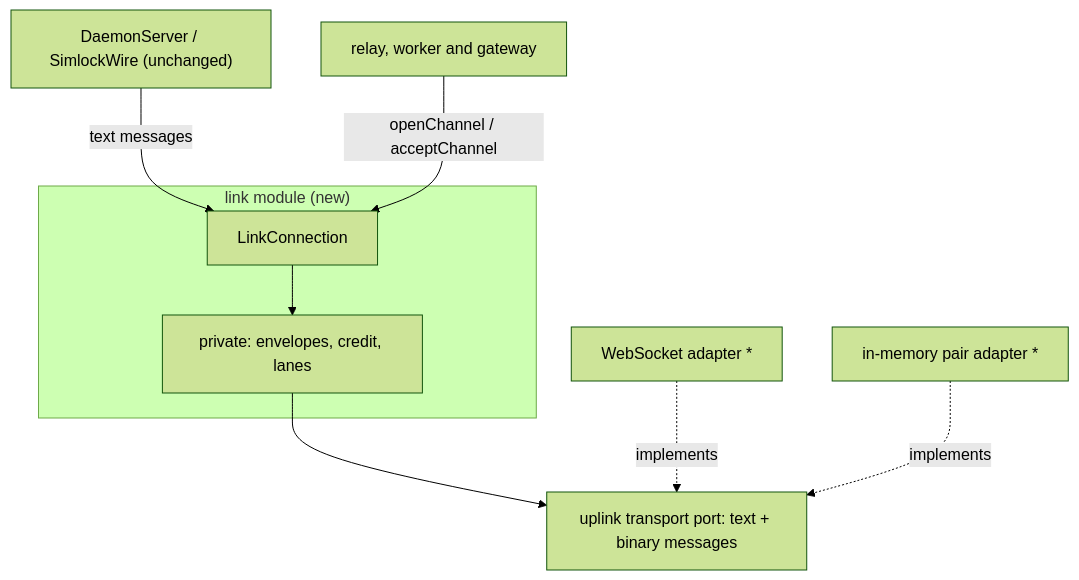
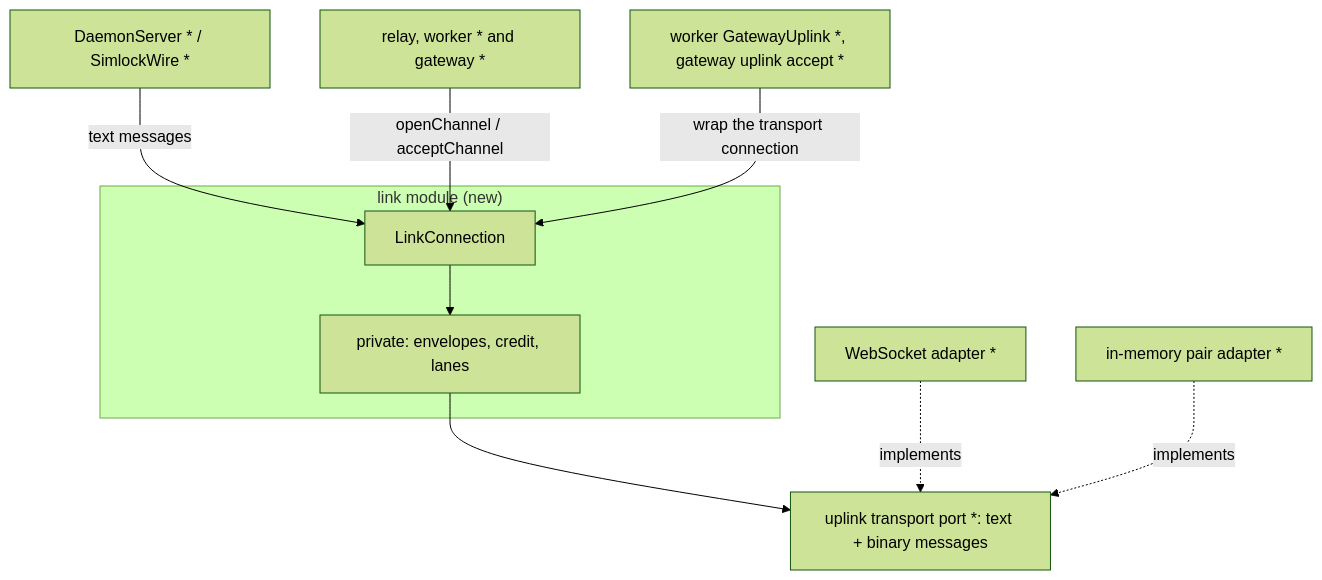
The first of 2 diagrams in docs/internal/adr/0028-the-uplink-carries-byte-channels-and-small-messages-go-first.md (callstackincubator/simlock), drawn with Mermaid (forest theme) before and after one commit. The commit also changed other lines of this file, not shown here.

Commit message:
docs(adr): 0028 channels open with OPEN, idle reset, per-lease relay slots, cap in the host

````diff
--- a/docs/internal/adr/0028-the-uplink-carries-byte-channels-and-small-messages-go-first.md
+++ b/docs/internal/adr/0028-the-uplink-carries-byte-channels-and-small-messages-go-first.md
@@ -47,11 +50,12 @@
 ```mermaid
 flowchart TB
-  SV["DaemonServer / SimlockWire (unchanged)"] -->|text messages| LC
-  RL["relay, worker and gateway"] -->|openChannel / acceptChannel| LC
+  SV["DaemonServer * / SimlockWire *"] -->|text messages| LC
+  RL["relay, worker * and gateway *"] -->|openChannel / acceptChannel| LC
   subgraph LM["link module (new)"]
     LC["LinkConnection"] --> MX["private: envelopes, credit, lanes"]
   end
-  MX --> TP["uplink transport port: text + binary messages"]
+  MX --> TP["uplink transport port *: text + binary messages"]
   WS["WebSocket adapter *"] -.implements.-> TP
   MP["in-memory pair adapter *"] -.implements.-> TP
+  GU["worker GatewayUplink *, gateway uplink accept *"] -->|wrap the transport connection| LC
 ```
````
